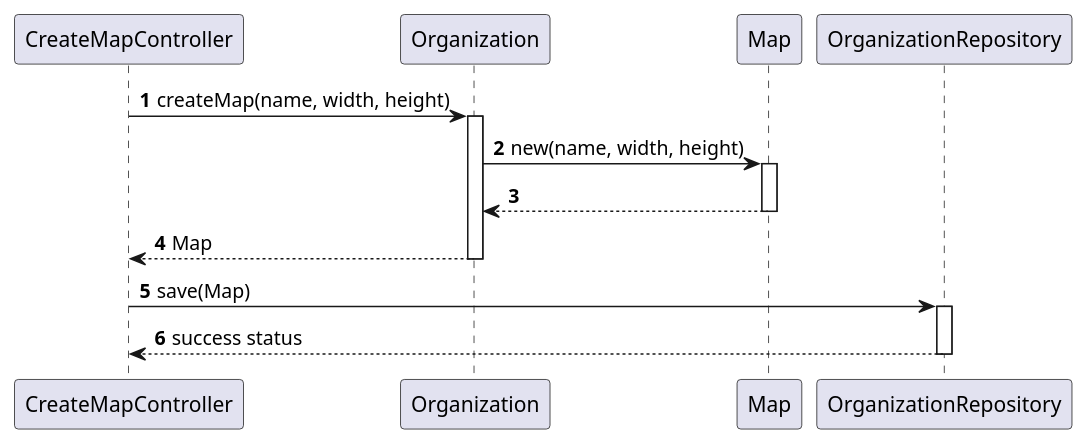
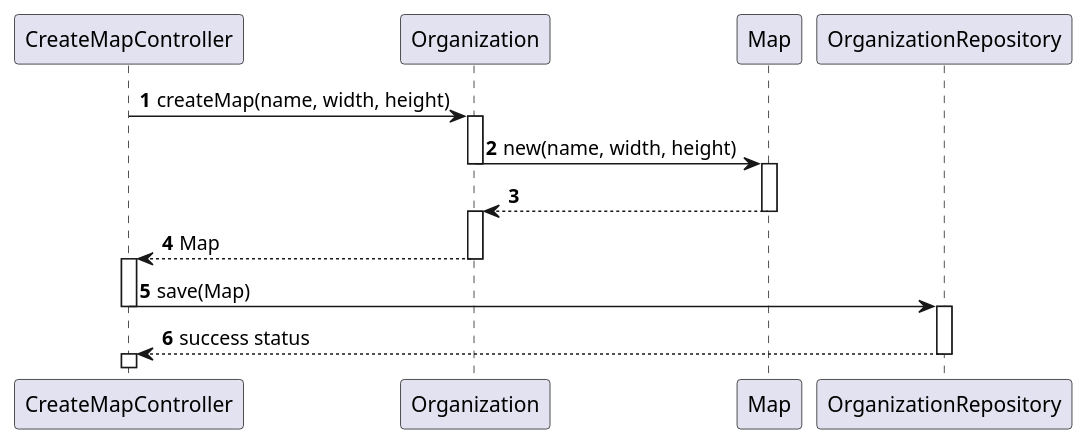
The diagram in Sprint2/US01/03.design.us01/puml/US01-SD-partial-create-store-map.puml (Andremonteiro1240850/railway_simulator), drawn with PlantUML before and after one commit. The commit also changed 6 other files, not shown here.

Commit message:
Diagrams Updated

```diff
--- a/Sprint2/US01/03.design.us01/puml/US01-SD-partial-create-store-map.puml
+++ b/Sprint2/US01/03.design.us01/puml/US01-SD-partial-create-store-map.puml
@@ -1,23 +1,28 @@
 @startuml
 'https://plantuml.com/sequence-diagram
 'skinparam monochrome true
 skinparam packageStyle rectangle
 skinparam shadowing false
 
 autonumber
 'hide footbox
 
 CreateMapController -> Organization : createMap(name, width, height)
 activate Organization
 Organization -> Map : new(name, width, height)
+deactivate Organization
 activate Map
 Map --> Organization
 deactivate Map
+activate Organization
 Organization --> CreateMapController : Map
 deactivate Organization
+activate CreateMapController
 
 CreateMapController -> OrganizationRepository : save(Map)
+deactivate CreateMapController
 activate OrganizationRepository
 OrganizationRepository --> CreateMapController : success status
 deactivate OrganizationRepository
+activate CreateMapController
 @enduml
```
